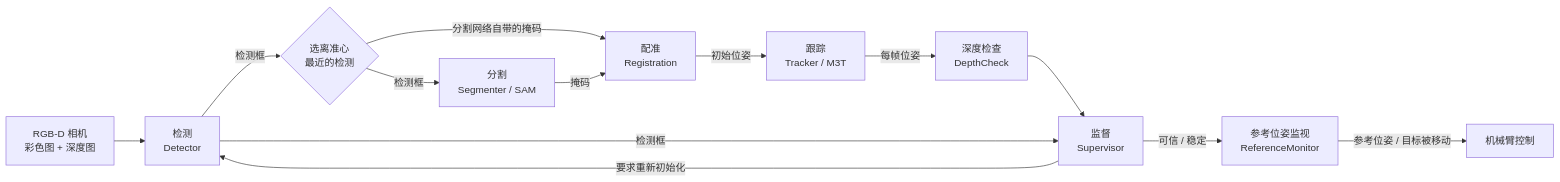
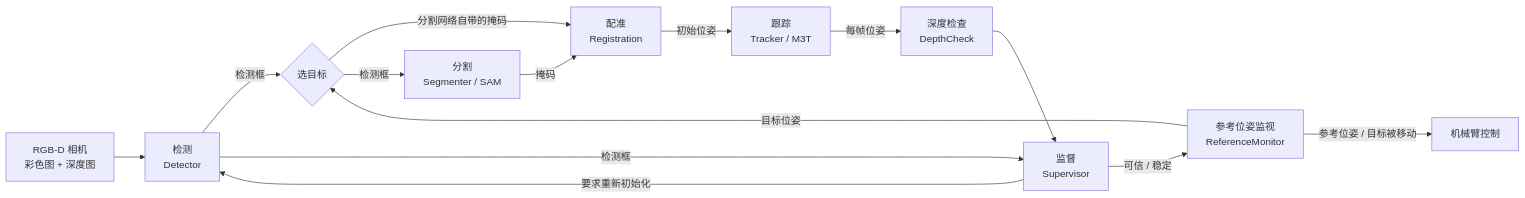
The diagram in docs/modules.md (Shingura/rmcs_energy_trace), drawn with Mermaid before and after one commit. The commit also changed other lines of this file and 7 other files, not shown here.

````diff
--- a/docs/modules.md
+++ b/docs/modules.md
@@ -21,14 +21,15 @@
 ```mermaid
 flowchart LR
     cam[RGB-D 相机<br/>彩色图 + 深度图] --> det[检测<br/>Detector]
-    det -- 检测框 --> sel{选离准心<br/>最近的检测}
+    det -- 检测框 --> sel{选目标}
     sel -- 分割网络自带的掩码 --> reg[配准<br/>Registration]
     sel -- 检测框 --> sam[分割<br/>Segmenter / SAM] -- 掩码 --> reg
     reg -- 初始位姿 --> trk[跟踪<br/>Tracker / M3T]
     trk -- 每帧位姿 --> chk[深度检查<br/>DepthCheck]
     chk --> sup[监督<br/>Supervisor]
     det -- 检测框 --> sup
     sup -- 要求重新初始化 --> det
     sup -- 可信 / 稳定 --> mon[参考位姿监视<br/>ReferenceMonitor]
     mon -- 参考位姿 / 目标被移动 --> arm[机械臂控制]
+    mon -- 目标位姿 --> sel
 ```
````
